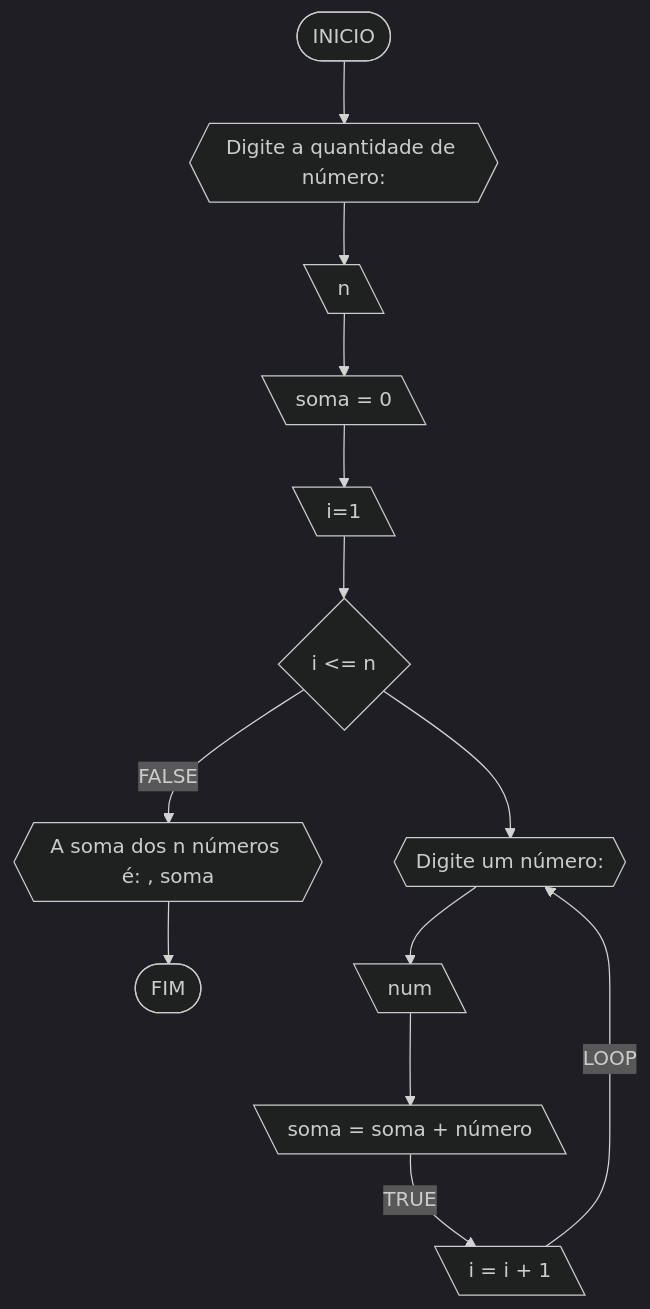
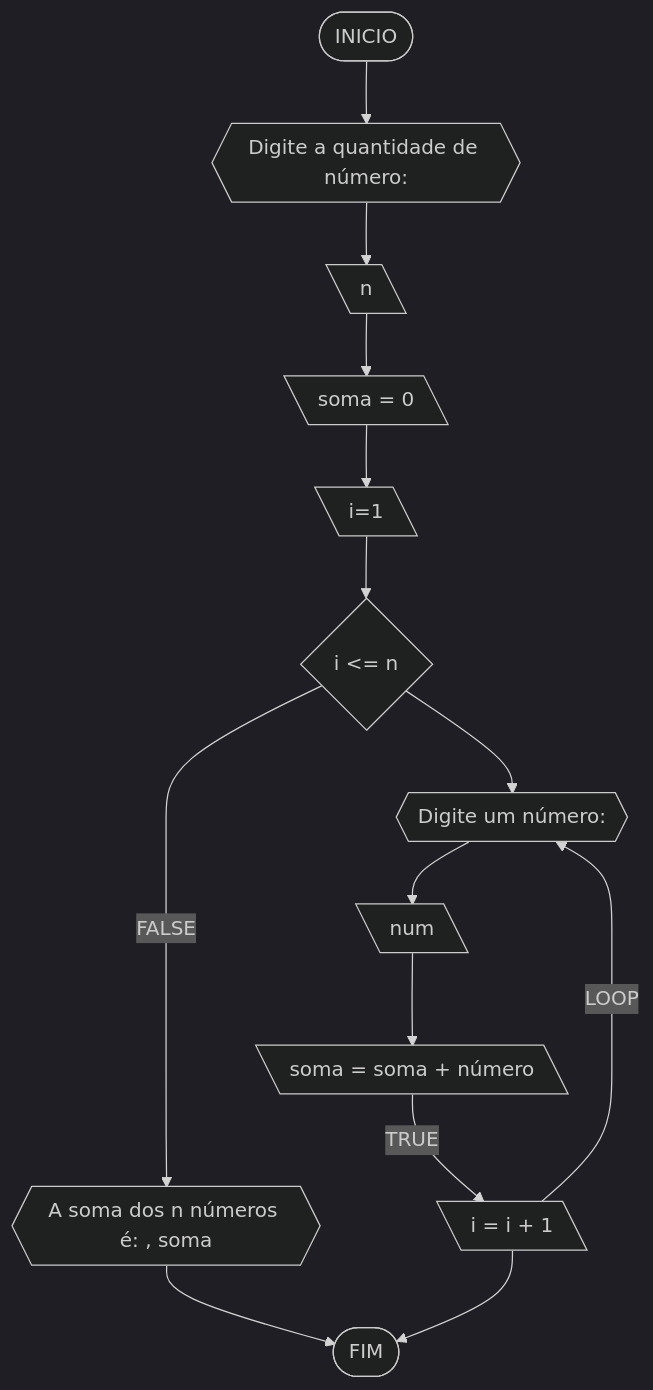
One commit to sdiogenes/unifor changed the third of 7 diagrams in rra/Unidade1/AD1.md. Above: the diagram before and after it, drawn with Mermaid (dark theme). The commit also changed other lines of this file, not shown here.

````diff
--- a/rra/Unidade1/AD1.md
+++ b/rra/Unidade1/AD1.md
@@ -143,19 +143,20 @@
 ```mermaid
 flowchart TD
 
 A([INICIO]) --> B{{"Digite a quantidade de número: "}}
 B --> C[\n\]
 C --> D[\soma = 0\]
 D --> E[\i=1\]
 E --> F{i <= n}
 F --FALSE--> G{{"A soma dos n números é: ", soma}}
-G --> Z([FIM])
+G --> Z
 F --> H{{"Digite um número: "}}
 H --> I[\num\]
 I --> J[\soma = soma + número\]
 J--TRUE--> L[\i = i + 1\]
 L --LOOP--> H
+L --> Z([FIM])
 
 
 
 ```
````
